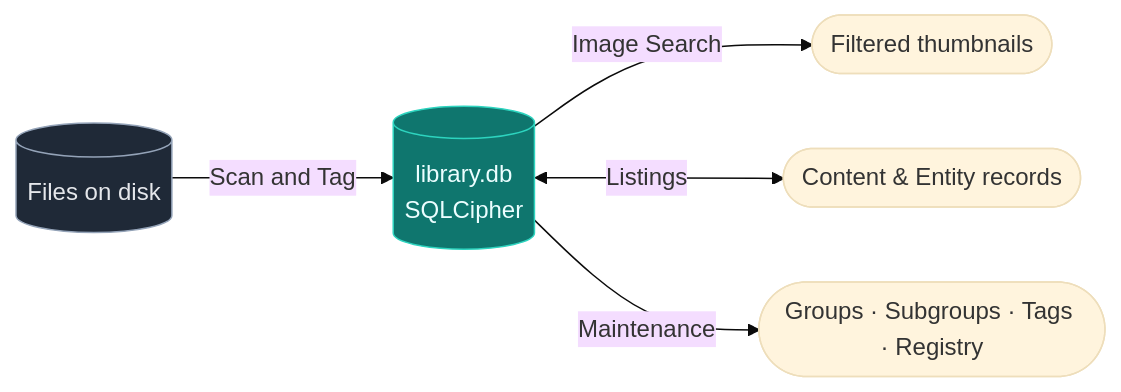
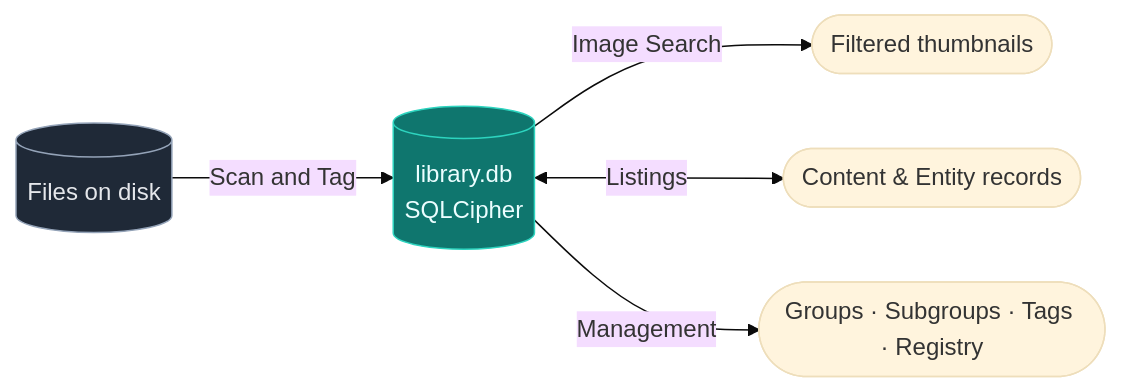
One commit to ACFHarbinger/Image-Toolkit changed the diagram in docs/tutorials/library_database.md. Above: the diagram before and after it, drawn with Mermaid (base theme). The commit also changed other lines of this file and 32 other files, not shown here.

First line of the commit message:
Carry forward in-progress Maintenance→Management/Cleanup terminology pass

````diff
--- a/docs/tutorials/library_database.md
+++ b/docs/tutorials/library_database.md
@@ -5,10 +5,10 @@
 ```mermaid
 flowchart LR
     Files[(Files on disk)] -->|Scan and Tag| DB[(library.db\nSQLCipher)]
     DB -->|Image Search| Results([Filtered thumbnails])
     DB <-->|Listings| Catalogue([Content & Entity records])
-    DB -->|Maintenance| Admin([Groups · Subgroups · Tags · Registry])
+    DB -->|Management| Admin([Groups · Subgroups · Tags · Registry])
 
     style DB fill:#0f766e,stroke:#2dd4bf,color:#ecfeff
     style Files fill:#1f2937,stroke:#94a3b8,color:#e5e7eb
 ```
````
